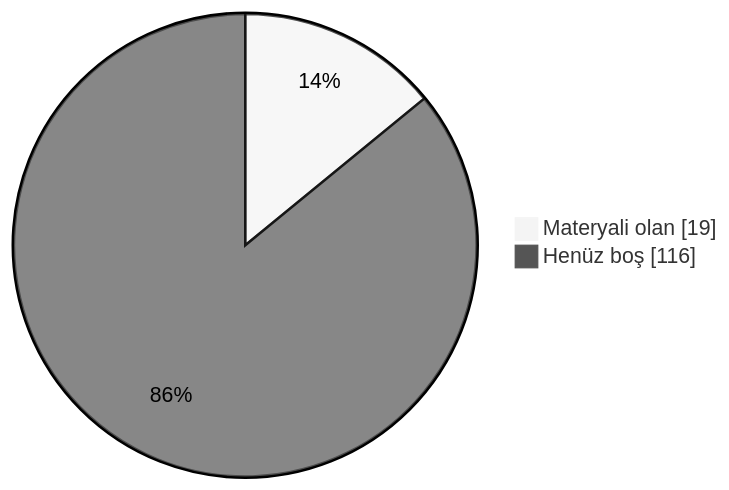
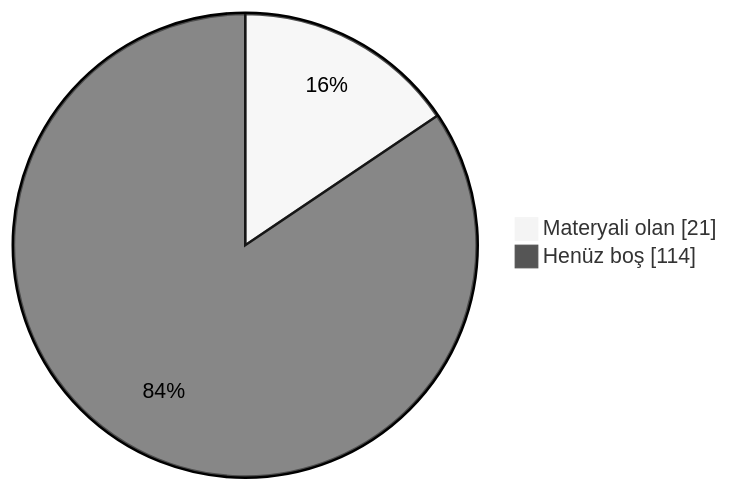
One commit to MarmaraArsiv/tek_makine changed the diagram in README.md. Above: the diagram before and after it, drawn with Mermaid (neutral theme). The commit also changed other lines of this file, not shown here.

````diff
--- a/README.md
+++ b/README.md
@@ -108,5 +108,5 @@
 ```mermaid
 pie showData
-  "Materyali olan" : 19
-  "Henüz boş" : 116
+  "Materyali olan" : 21
+  "Henüz boş" : 114
 ```
````
